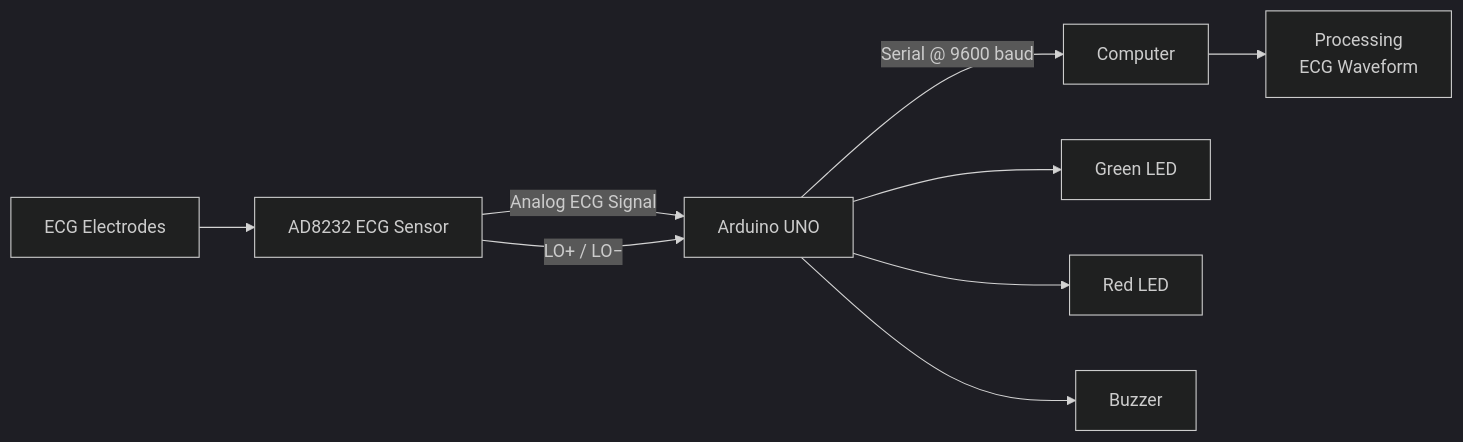
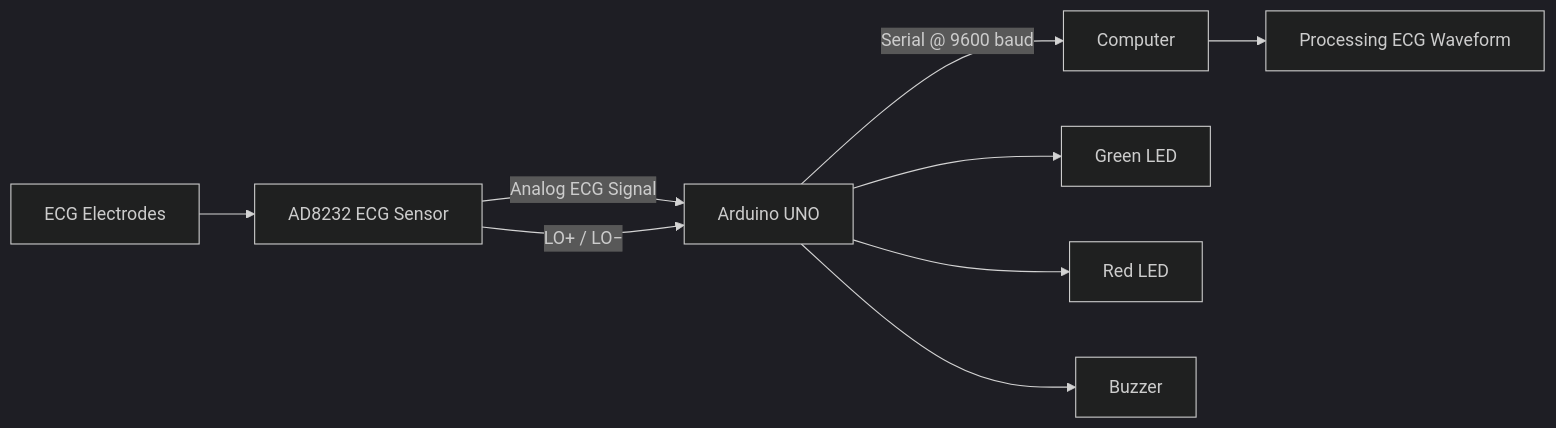
Before and after one commit to amanshukla87/ECG-Heartbeat-Monitoring-System: the diagram in README.md, drawn with Mermaid (dark theme). The commit also changed other lines of this file, not shown here.

Commit message:
Update ECG project README

````diff
--- a/README.md
+++ b/README.md
@@ -112,12 +125,11 @@
 ```mermaid
 flowchart LR
     A["ECG Electrodes"] --> B["AD8232 ECG Sensor"]
     B -->|"Analog ECG Signal"| C["Arduino UNO"]
+    B -->|"LO+ / LO−"| C
     C -->|"Serial @ 9600 baud"| D["Computer"]
-    D --> E["Processing<br/>ECG Waveform"]
-
-    B -->|"LO+ / LO−"| C
+    D --> E["Processing ECG Waveform"]
     C --> F["Green LED"]
     C --> G["Red LED"]
     C --> H["Buzzer"]
 ```
````
